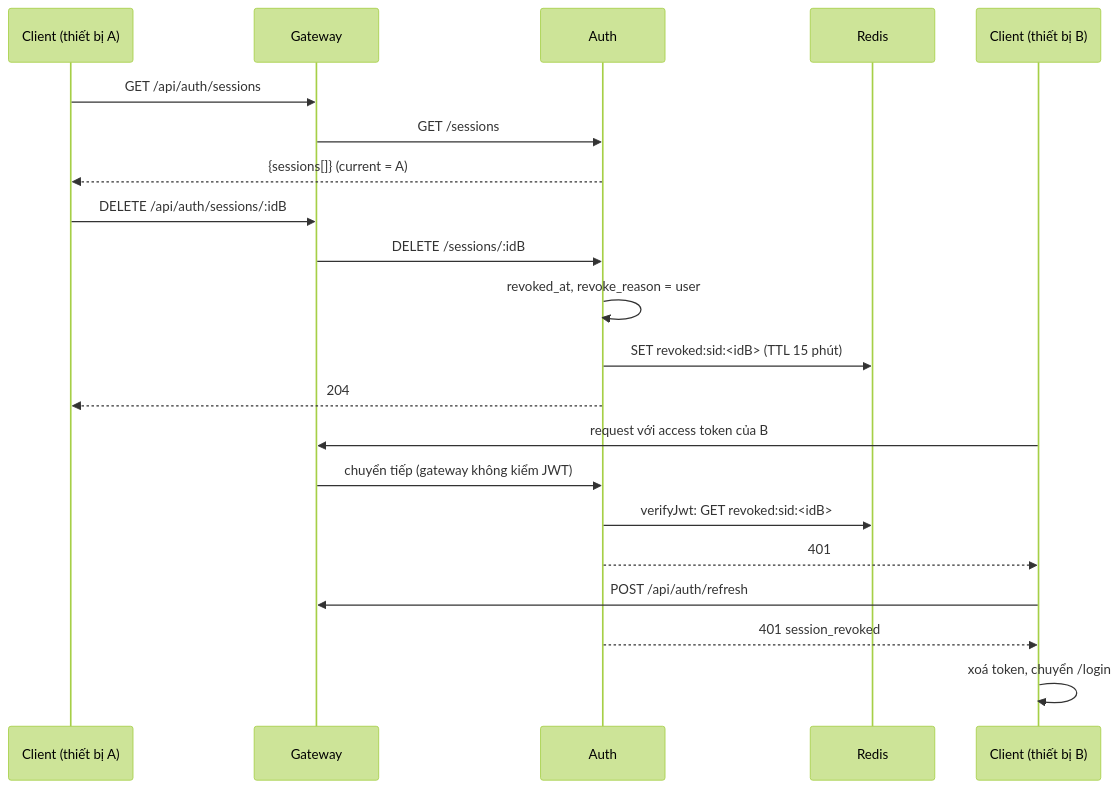
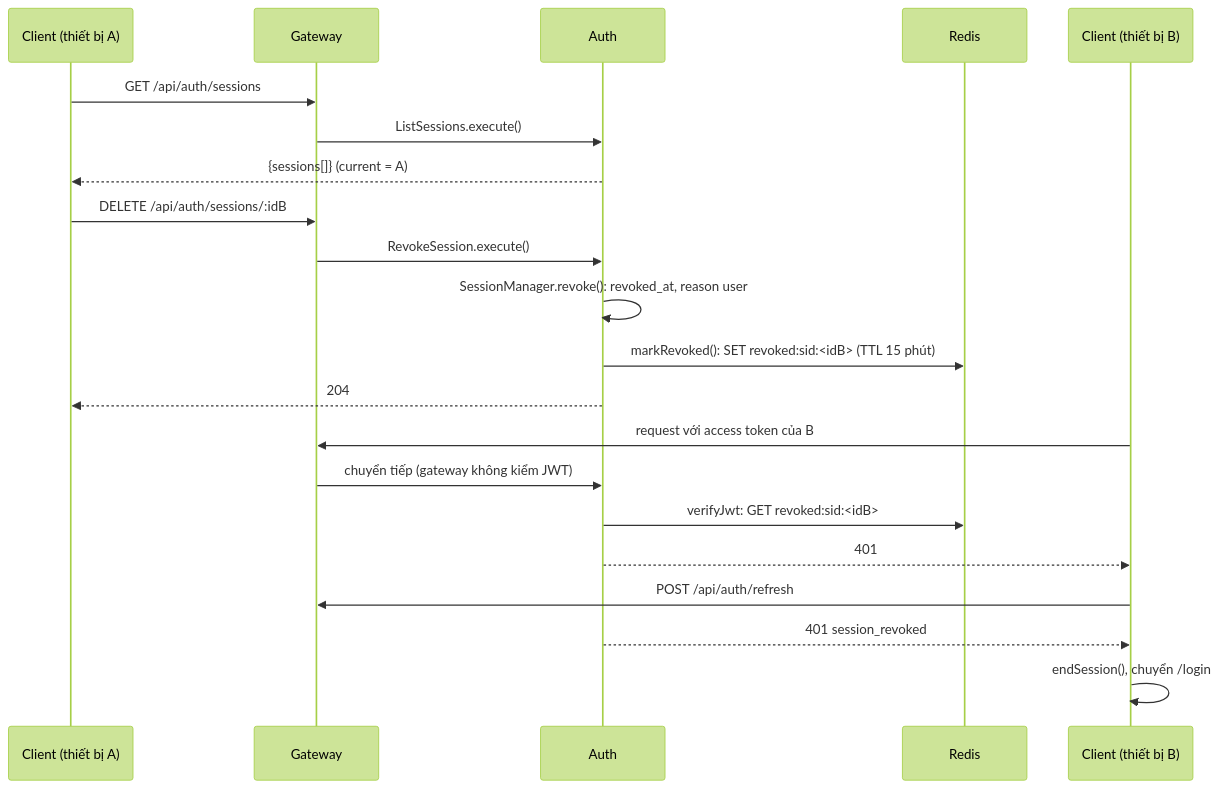
Before and after one commit to Tran-Gia-Phuc/GeoSound: the diagram in docs/use case/lam-truoc/UC23-quan-ly-thiet-bi-dang-nhap.md, drawn with Mermaid (forest theme). The commit also changed other lines of this file and 23 other files, not shown here.

````diff
--- a/docs/use case/lam-truoc/UC23-quan-ly-thiet-bi-dang-nhap.md
+++ b/docs/use case/lam-truoc/UC23-quan-ly-thiet-bi-dang-nhap.md
@@ -136,23 +160,23 @@
 ```mermaid
 sequenceDiagram
     participant Client as Client (thiết bị A)
     participant Gateway
     participant Auth
     participant Redis
     participant Other as Client (thiết bị B)
     Client->>Gateway: GET /api/auth/sessions
-    Gateway->>Auth: GET /sessions
+    Gateway->>Auth: ListSessions.execute()
     Auth-->>Client: {sessions[]} (current = A)
     Client->>Gateway: DELETE /api/auth/sessions/:idB
-    Gateway->>Auth: DELETE /sessions/:idB
-    Auth->>Auth: revoked_at, revoke_reason = user
-    Auth->>Redis: SET revoked:sid:<idB> (TTL 15 phút)
+    Gateway->>Auth: RevokeSession.execute()
+    Auth->>Auth: SessionManager.revoke(): revoked_at, reason user
+    Auth->>Redis: markRevoked(): SET revoked:sid:<idB> (TTL 15 phút)
     Auth-->>Client: 204
     Other->>Gateway: request với access token của B
     Gateway->>Auth: chuyển tiếp (gateway không kiểm JWT)
     Auth->>Redis: verifyJwt: GET revoked:sid:<idB>
     Auth-->>Other: 401
     Other->>Gateway: POST /api/auth/refresh
     Auth-->>Other: 401 session_revoked
-    Other->>Other: xoá token, chuyển /login
+    Other->>Other: endSession(), chuyển /login
 ```
````
